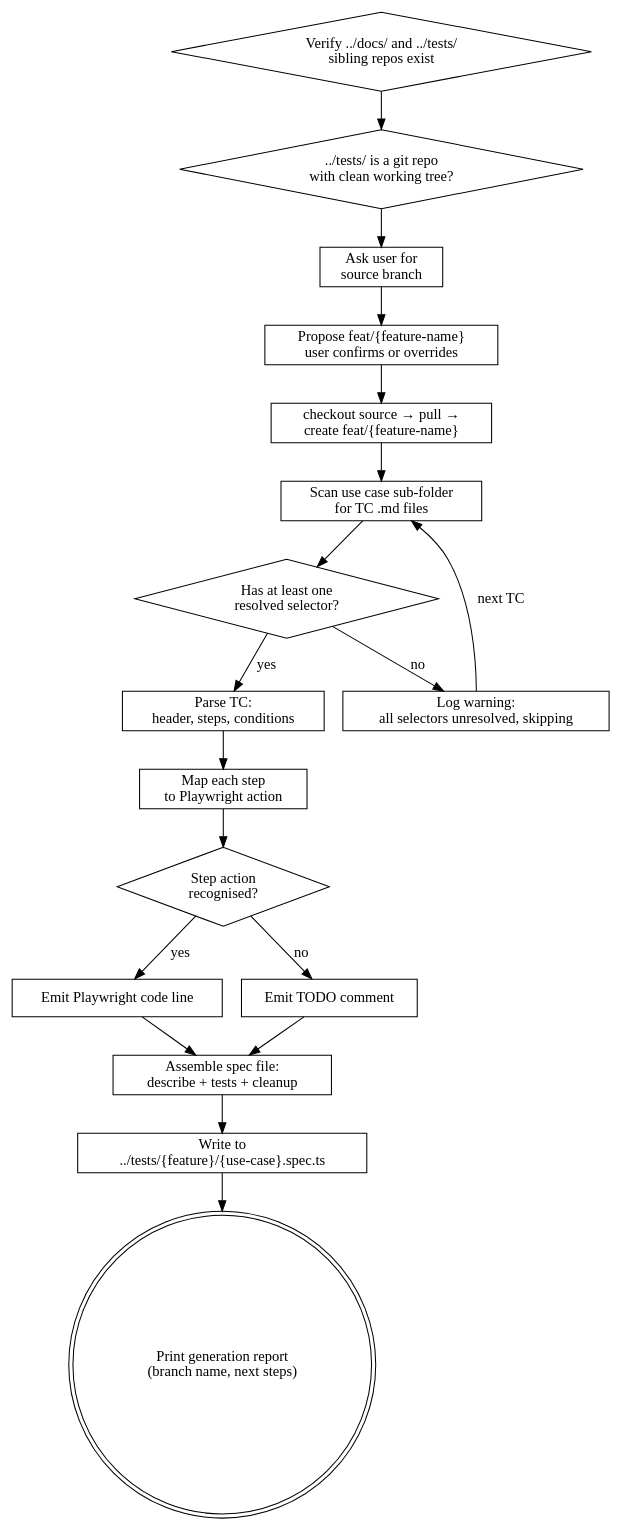
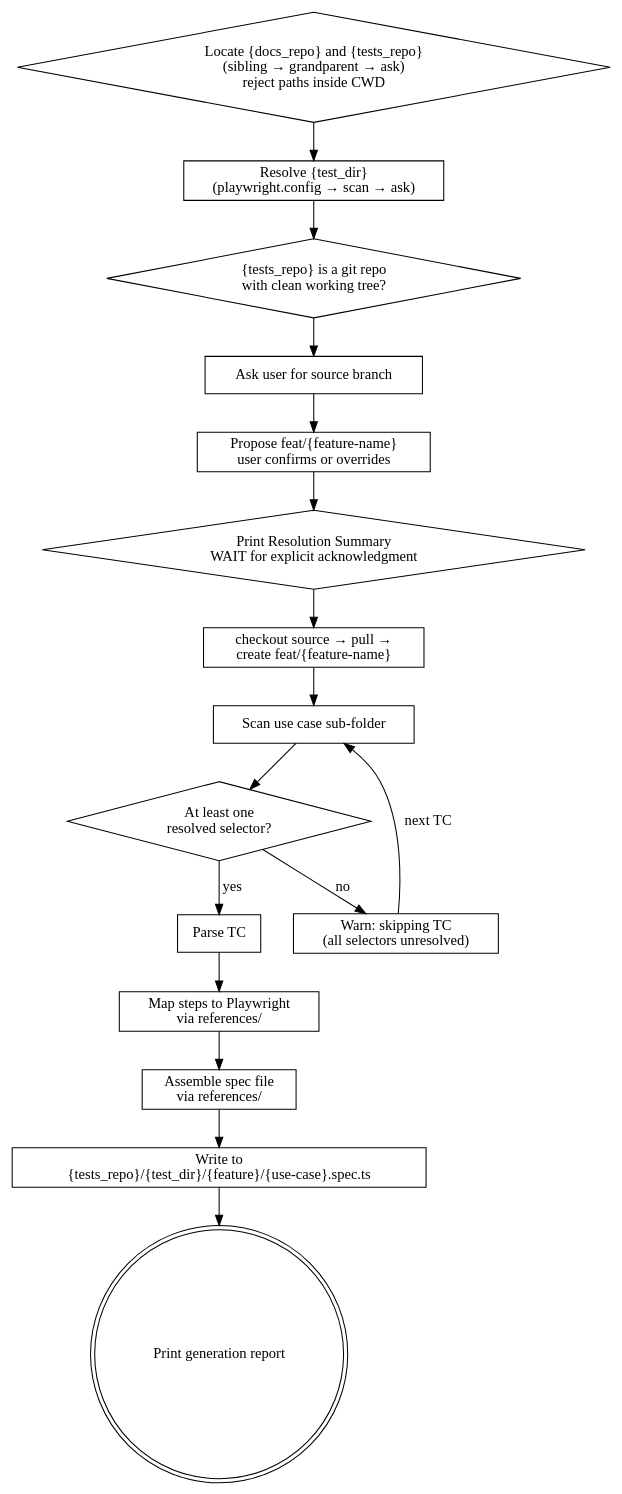
One commit to thapaliyabikendra/agentic-dev-flow changed the diagram in plugins/agentic-flow/skills/generate-test-suite/SKILL.md. Above: the diagram before and after it, drawn with Graphviz. The commit also changed other lines of this file, not shown here.

Commit message:
feat: add search functionality for tests repo

````diff
--- a/plugins/agentic-flow/skills/generate-test-suite/SKILL.md
+++ b/plugins/agentic-flow/skills/generate-test-suite/SKILL.md
@@ -150,40 +148,28 @@
 ```dot
 digraph process {
     rankdir=TB;
 
-    verify_ws [label="Verify ../docs/ and ../tests/\nsibling repos exist" shape=diamond];
-    verify_git [label="../tests/ is a git repo\nwith clean working tree?" shape=diamond];
-    ask_src [label="Ask user for\nsource branch" shape=box];
+    locate [label="Locate {docs_repo} and {tests_repo}\n(sibling → grandparent → ask)\nreject paths inside CWD" shape=diamond];
+    test_dir [label="Resolve {test_dir}\n(playwright.config → scan → ask)" shape=box];
+    verify_git [label="{tests_repo} is a git repo\nwith clean working tree?" shape=diamond];
+    ask_src [label="Ask user for source branch" shape=box];
     confirm_name [label="Propose feat/{feature-name}\nuser confirms or overrides" shape=box];
+    announce [label="Print Resolution Summary\nWAIT for explicit acknowledgment" shape=diamond];
     create_branch [label="checkout source → pull →\ncreate feat/{feature-name}" shape=box];
-    scan [label="Scan use case sub-folder\nfor TC .md files" shape=box];
-    check [label="Has at least one\nresolved selector?" shape=diamond];
-    skip [label="Log warning:\nall selectors unresolved, skipping" shape=box];
-    parse [label="Parse TC:\nheader, steps, conditions" shape=box];
-    map [label="Map each step\nto Playwright action" shape=box];
-    unknown [label="Step action\nrecognised?" shape=diamond];
-    emit_code [label="Emit Playwright code line" shape=box];
-    emit_todo [label="Emit TODO comment" shape=box];
-    assemble [label="Assemble spec file:\ndescribe + tests + cleanup" shape=box];
-    write [label="Write to\n../tests/{feature}/{use-case}.spec.ts" shape=box];
-    report [label="Print generation report\n(branch name, next steps)" shape=doublecircle];
+    scan [label="Scan use case sub-folder" shape=box];
+    check [label="At least one\nresolved selector?" shape=diamond];
+    skip [label="Warn: skipping TC\n(all selectors unresolved)" shape=box];
+    parse [label="Parse TC" shape=box];
+    map [label="Map steps to Playwright\nvia references/" shape=box];
+    assemble [label="Assemble spec file\nvia references/" shape=box];
+    write [label="Write to\n{tests_repo}/{test_dir}/{feature}/{use-case}.spec.ts" shape=box];
+    report [label="Print generation report" shape=doublecircle];
 
-    verify_ws -> verify_git;
-    verify_git -> ask_src;
-    ask_src -> confirm_name;
-    confirm_name -> create_branch;
-    create_branch -> scan;
+    locate -> test_dir -> verify_git -> ask_src -> confirm_name -> announce -> create_branch -> scan;
     scan -> check;
     check -> skip [label="no"];
     check -> parse [label="yes"];
     skip -> scan [label="next TC"];
-    parse -> map;
-    map -> unknown;
-    unknown -> emit_code [label="yes"];
-    unknown -> emit_todo [label="no"];
-    emit_code -> assemble;
-    emit_todo -> assemble;
-    assemble -> write;
-    write -> report;
+    parse -> map -> assemble -> write -> report;
 }
 ```
````
